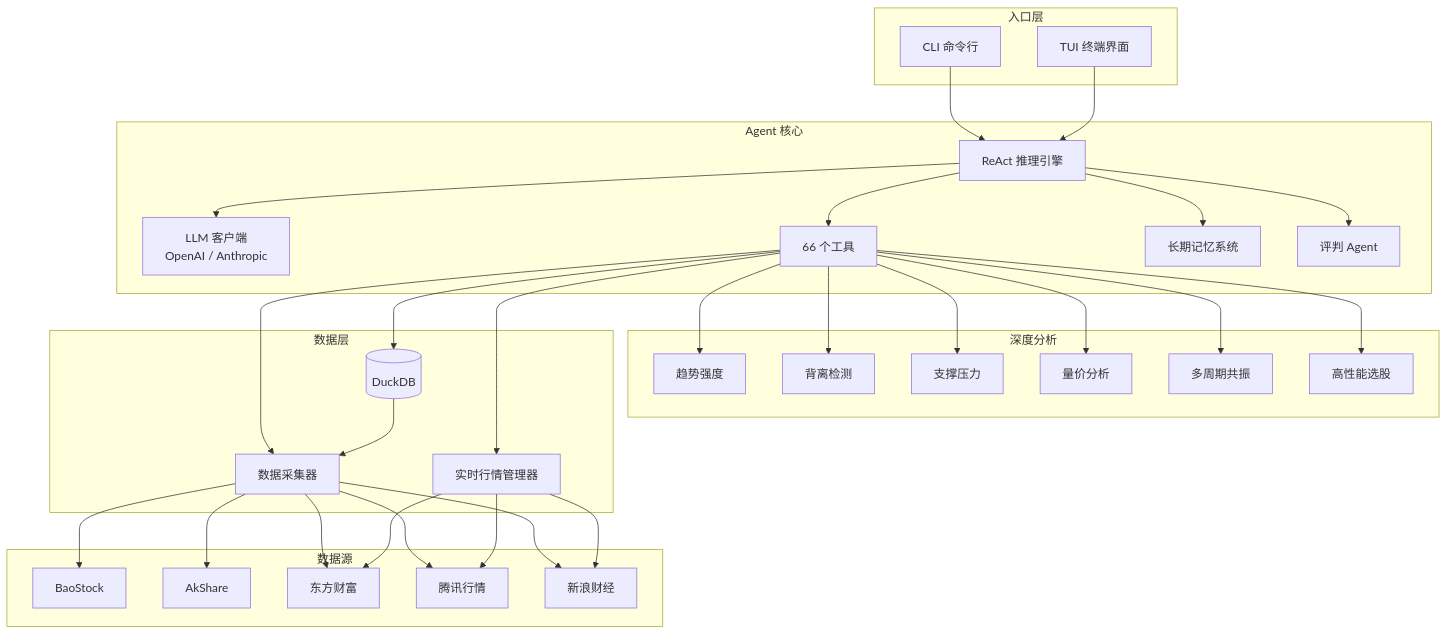
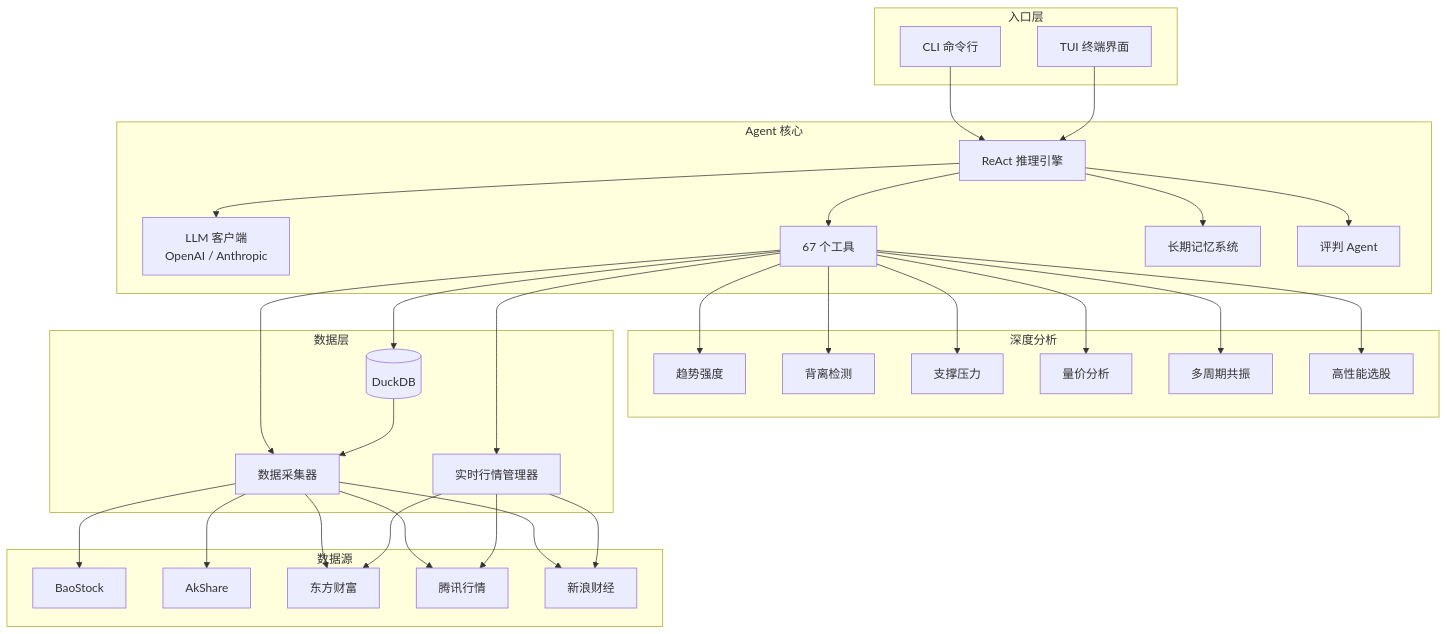
Before and after one commit to wwyharry/DeepPulse: the diagram in README.md, drawn with Mermaid. The commit also changed other lines of this file and 16 other files, not shown here.

````diff
--- a/README.md
+++ b/README.md
@@ -35,50 +35,50 @@
 ```mermaid
 graph TB
     subgraph 入口层
         CLI[CLI 命令行]
         TUI[TUI 终端界面]
     end
 
     subgraph Agent 核心
         REACT[ReAct 推理引擎]
         CLIENT[LLM 客户端<br/>OpenAI / Anthropic]
-        TOOLS[66 个工具]
+        TOOLS[67 个工具]
         MEMORY[长期记忆系统]
         JUDGE[评判 Agent]
     end
 
     subgraph 深度分析
         TREND[趋势强度]
         DIV[背离检测]
         SR[支撑压力]
         VP[量价分析]
         CONF[多周期共振]
         SCREEN[高性能选股]
     end
 
     subgraph 数据层
         DB[(DuckDB)]
         COLLECT[数据采集器]
         REALTIME[实时行情管理器]
     end
 
     subgraph 数据源
         BS[BaoStock]
         AK[AkShare]
         EM[东方财富]
         TX[腾讯行情]
         SINA[新浪财经]
     end
 
     CLI --> REACT
     TUI --> REACT
     REACT --> CLIENT
     REACT --> TOOLS
     REACT --> MEMORY
     REACT --> JUDGE
     TOOLS --> TREND & DIV & SR & VP & CONF & SCREEN
     TOOLS --> DB & REALTIME & COLLECT
     COLLECT --> BS & AK & EM & TX & SINA
     REALTIME --> SINA & TX & EM
     DB --> COLLECT
 ```
````
